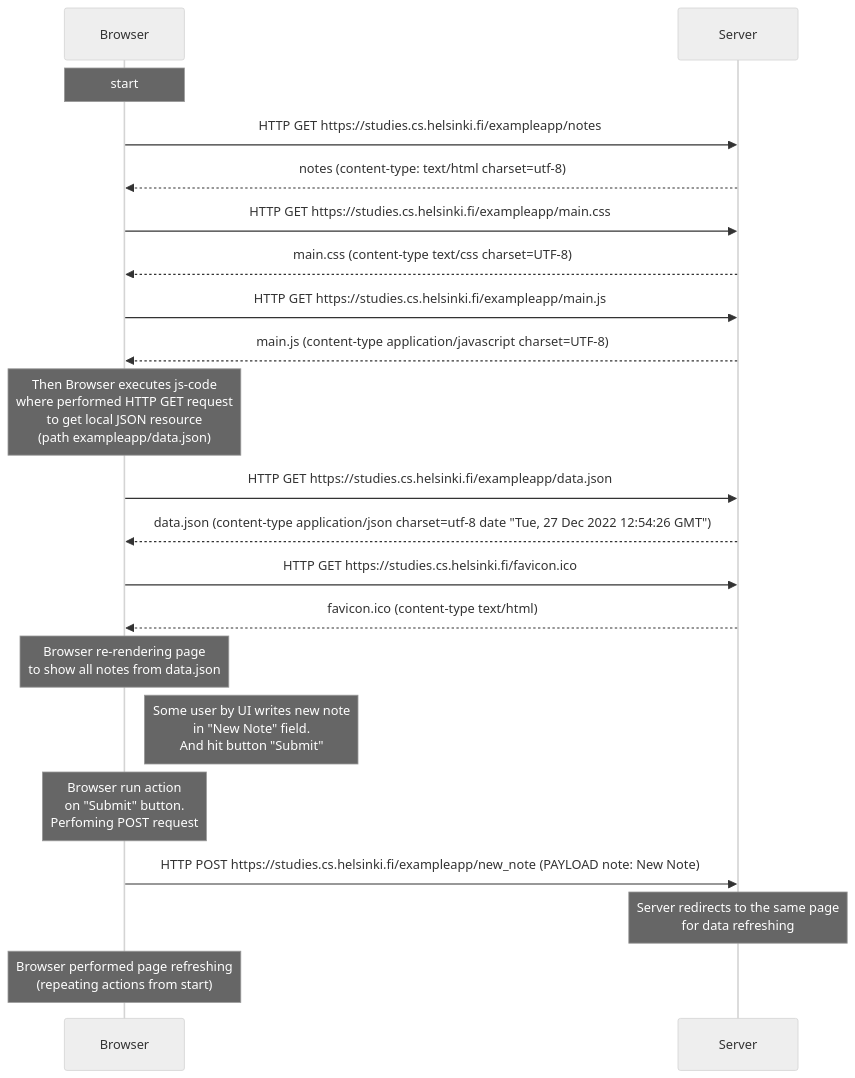
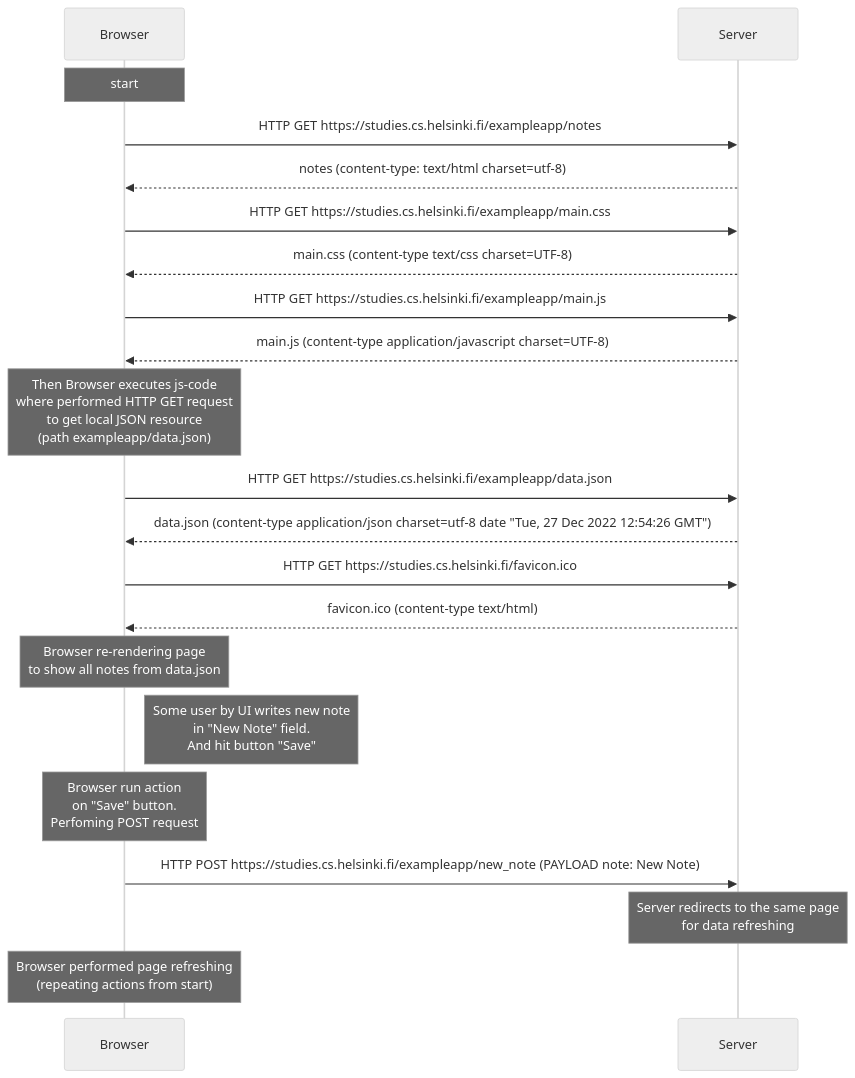
One commit to alfirst/mluukkai changed the diagram in PART 0/ex4.md. Above: the diagram before and after it, drawn with Mermaid (neutral theme).

Commit message:
PART 0/ex5.md 	PART 0/ex6.md

````diff
--- a/PART 0/ex4.md
+++ b/PART 0/ex4.md
@@ -1,33 +1,33 @@
 ```mermaid
 sequenceDiagram
 
 note over Browser: start 
 Browser->>Server: HTTP GET https://studies.cs.helsinki.fi/exampleapp/notes
 Server-->>Browser: notes (content-type: text/html charset=utf-8)
 
 Browser->>Server: HTTP GET https://studies.cs.helsinki.fi/exampleapp/main.css
 Server-->>Browser: main.css (content-type text/css charset=UTF-8)
 
 Browser->>Server: HTTP GET https://studies.cs.helsinki.fi/exampleapp/main.js
 Server-->>Browser: main.js (content-type application/javascript charset=UTF-8)
 
 note over Browser: Then Browser executes js-code <br/> where performed HTTP GET request <br/> to get local JSON resource <br/> (path exampleapp/data.json)
 
 Browser->>Server: HTTP GET https://studies.cs.helsinki.fi/exampleapp/data.json
 Server-->>Browser: data.json (content-type application/json charset=utf-8 date "Tue, 27 Dec 2022 12:54:26 GMT")
 
 Browser->>Server: HTTP GET https://studies.cs.helsinki.fi/favicon.ico
 Server-->>Browser: favicon.ico (content-type text/html)
 
 note over Browser: Browser re-rendering page <br/> to show all notes from data.json
 
-note right of Browser: Some user by UI writes new note <br/> in "New Note" field. <br/> And hit button "Submit"
+note right of Browser: Some user by UI writes new note <br/> in "New Note" field. <br/> And hit button "Save"
 
-note over Browser: Browser run action<br/> on "Submit" button. <br/> Perfoming POST request 
+note over Browser: Browser run action<br/> on "Save" button. <br/> Perfoming POST request 
 
 Browser->>Server: HTTP POST https://studies.cs.helsinki.fi/exampleapp/new_note (PAYLOAD note: New Note)
 
 note over Server: Server redirects to the same page <br/>  for data refreshing
 
 note over Browser: Browser performed page refreshing  <br/> (repeating actions from start)
 ```
````
